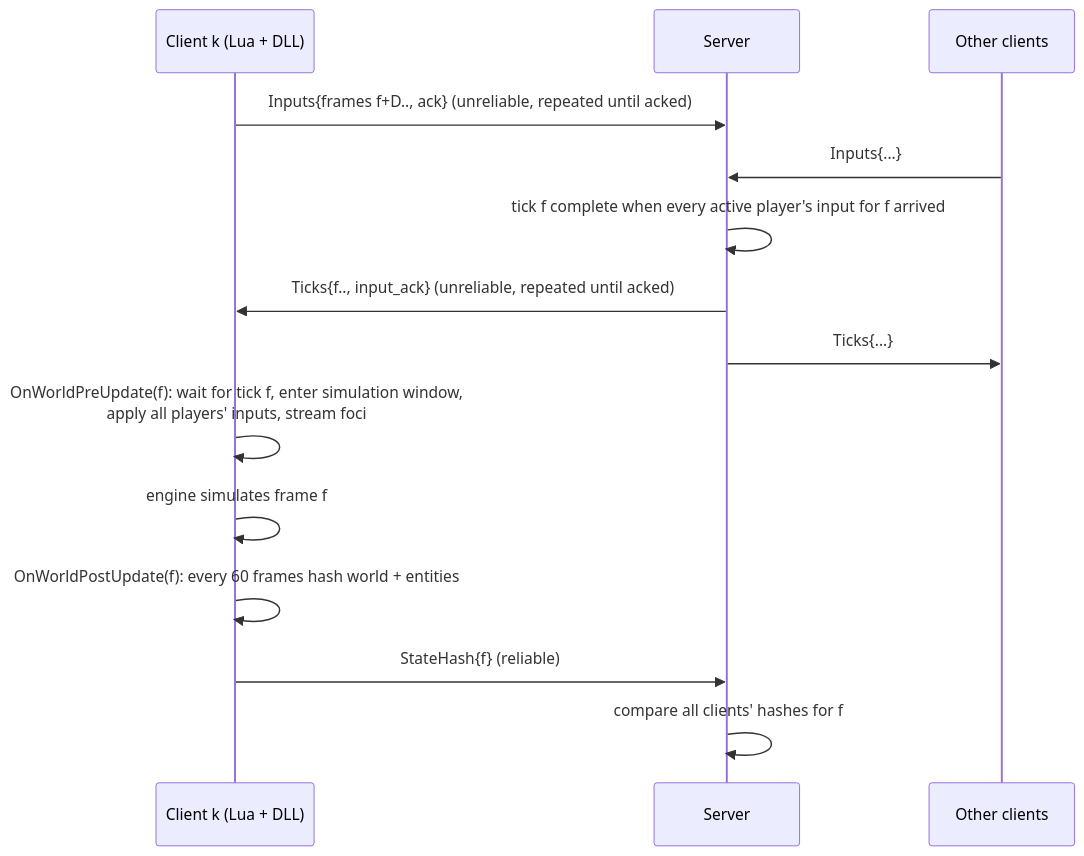
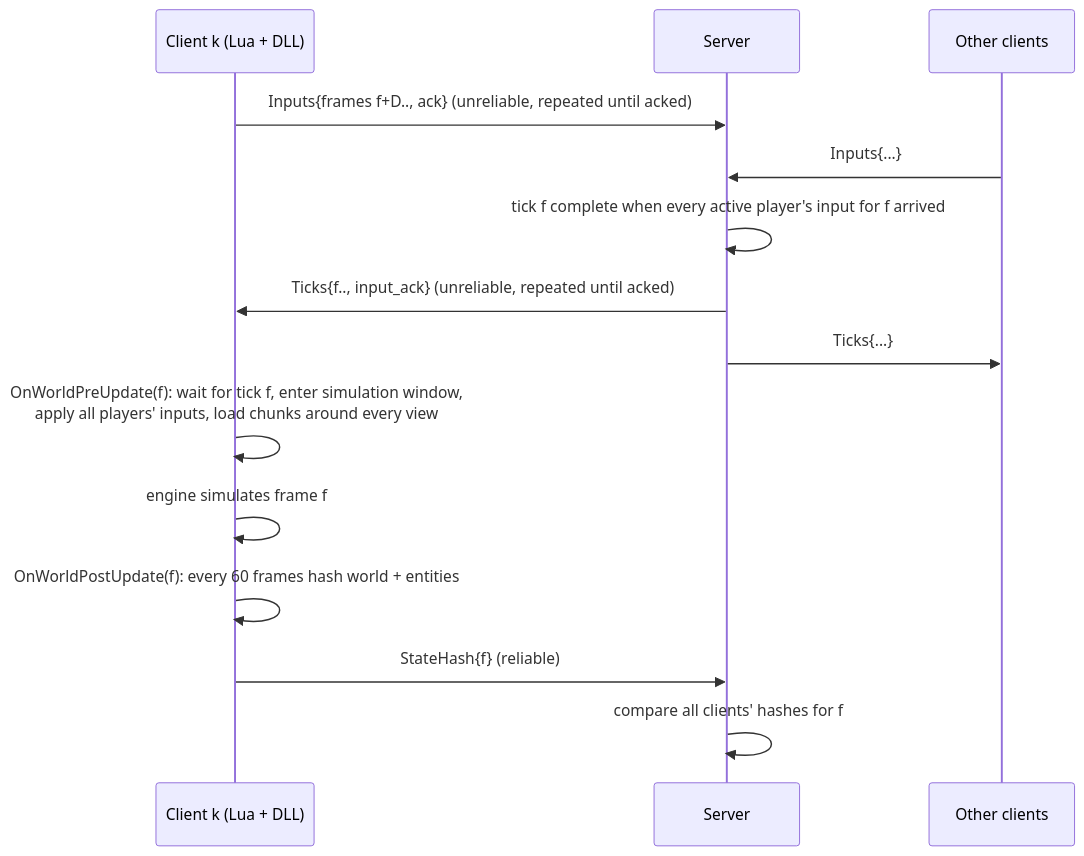
Before and after one commit to Jamination/NoitaOnline: the diagram in docs/architecture.md, drawn with Mermaid. The commit also changed other lines of this file and 9 other files, not shown here.

Commit message:
Vanilla chunk loading: world-creation loads kept, per-player camera loads with look-ahead (no_stream_views); workload counters in profiler

````diff
--- a/docs/architecture.md
+++ b/docs/architecture.md
@@ -14,16 +14,16 @@
 ```mermaid
 sequenceDiagram
   participant C as Client k (Lua + DLL)
   participant S as Server
   participant O as Other clients
   C->>S: Inputs{frames f+D.., ack} (unreliable, repeated until acked)
   O->>S: Inputs{...}
   S->>S: tick f complete when every active player's input for f arrived
   S->>C: Ticks{f.., input_ack} (unreliable, repeated until acked)
   S->>O: Ticks{...}
-  C->>C: OnWorldPreUpdate(f): wait for tick f, enter simulation window,<br/>apply all players' inputs, stream foci
+  C->>C: OnWorldPreUpdate(f): wait for tick f, enter simulation window,<br/>apply all players' inputs, load chunks around every view
   C->>C: engine simulates frame f
   C->>C: OnWorldPostUpdate(f): every 60 frames hash world + entities
   C->>S: StateHash{f} (reliable)
   S->>S: compare all clients' hashes for f
 ```
````
